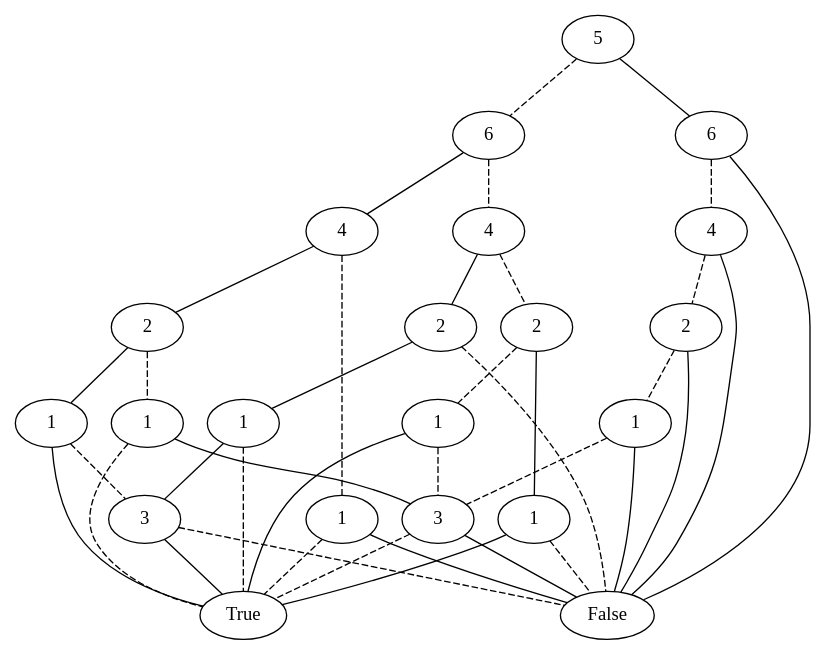
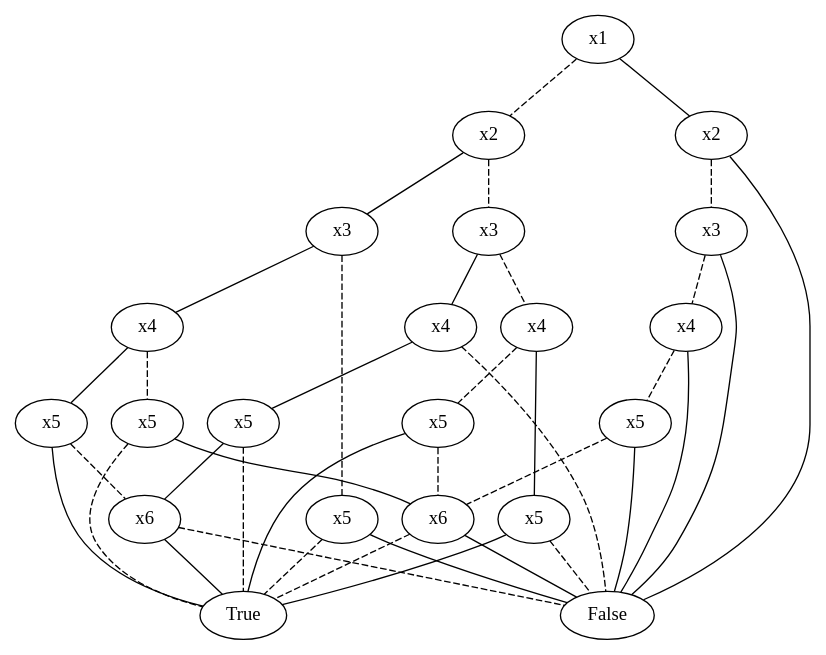
Before and after one commit to khiem2105/ROBDD: the diagram in graph_image/compressed_bdd_tree_3.gv, drawn with Graphviz. The commit also changed 32 other files, not shown here.

```diff
--- a/graph_image/compressed_bdd_tree_3.gv
+++ b/graph_image/compressed_bdd_tree_3.gv
@@ -1,61 +1,61 @@
 graph compressed_bdd_tree_3 {
-	140569657100608 [label=5]
-	140569656800544 [label=6]
-	140569657100608 -- 140569656800544 [style=dashed]
-	140569656802224 [label=4]
-	140569656800544 -- 140569656802224 [style=dashed]
-	140569656801504 [label=2]
-	140569656802224 -- 140569656801504 [style=dashed]
-	140569656801696 [label=1]
-	140569656801504 -- 140569656801696 [style=dashed]
-	140569656754672 [label=3]
-	140569656801696 -- 140569656754672 [style=dashed]
-	140569656755488 [label=True]
-	140569656754672 -- 140569656755488 [style=dashed]
-	140569656755680 [label=False]
-	140569656754672 -- 140569656755680
-	140569656801696 -- 140569656755488
-	140569656799680 [label=1]
-	140569656801504 -- 140569656799680
-	140569656799680 -- 140569656755680 [style=dashed]
-	140569656799680 -- 140569656755488
-	140569656799440 [label=2]
-	140569656802224 -- 140569656799440
-	140569656799440 -- 140569656755680 [style=dashed]
-	140569656805552 [label=1]
-	140569656799440 -- 140569656805552
-	140569656805552 -- 140569656755488 [style=dashed]
-	140569656756544 [label=3]
-	140569656805552 -- 140569656756544
-	140569656756544 -- 140569656755680 [style=dashed]
-	140569656756544 -- 140569656755488
-	140569656807040 [label=4]
-	140569656800544 -- 140569656807040
-	140569656835568 [label=1]
-	140569656807040 -- 140569656835568 [style=dashed]
-	140569656835568 -- 140569656755488 [style=dashed]
-	140569656835568 -- 140569656755680
-	140569656833648 [label=2]
-	140569656807040 -- 140569656833648
-	140569656851520 [label=1]
-	140569656833648 -- 140569656851520 [style=dashed]
-	140569656851520 -- 140569656755488 [style=dashed]
-	140569656851520 -- 140569656754672
-	140569656851616 [label=1]
-	140569656833648 -- 140569656851616
-	140569656851616 -- 140569656756544 [style=dashed]
-	140569656851616 -- 140569656755488
-	140569656806032 [label=6]
-	140569657100608 -- 140569656806032
-	140569656849600 [label=4]
-	140569656806032 -- 140569656849600 [style=dashed]
-	140569657053728 [label=2]
-	140569656849600 -- 140569657053728 [style=dashed]
-	140569656849216 [label=1]
-	140569657053728 -- 140569656849216 [style=dashed]
-	140569656849216 -- 140569656754672 [style=dashed]
-	140569656849216 -- 140569656755680
-	140569657053728 -- 140569656755680
-	140569656849600 -- 140569656755680
-	140569656806032 -- 140569656755680
+	140331402095248 [label=x1]
+	140331402160832 [label=x2]
+	140331402095248 -- 140331402160832 [style=dashed]
+	140331402161024 [label=x3]
+	140331402160832 -- 140331402161024 [style=dashed]
+	140331402160736 [label=x4]
+	140331402161024 -- 140331402160736 [style=dashed]
+	140331402159392 [label=x5]
+	140331402160736 -- 140331402159392 [style=dashed]
+	140331402159584 [label=x6]
+	140331402159392 -- 140331402159584 [style=dashed]
+	140331402159296 [label=True]
+	140331402159584 -- 140331402159296 [style=dashed]
+	140331402158384 [label=False]
+	140331402159584 -- 140331402158384
+	140331402159392 -- 140331402159296
+	140331402158768 [label=x5]
+	140331402160736 -- 140331402158768
+	140331402158768 -- 140331402158384 [style=dashed]
+	140331402158768 -- 140331402159296
+	140331402153888 [label=x4]
+	140331402161024 -- 140331402153888
+	140331402153888 -- 140331402158384 [style=dashed]
+	140331402120496 [label=x5]
+	140331402153888 -- 140331402120496
+	140331402120496 -- 140331402159296 [style=dashed]
+	140331402117712 [label=x6]
+	140331402120496 -- 140331402117712
+	140331402117712 -- 140331402158384 [style=dashed]
+	140331402117712 -- 140331402159296
+	140331402151872 [label=x3]
+	140331402160832 -- 140331402151872
+	140331402194224 [label=x5]
+	140331402151872 -- 140331402194224 [style=dashed]
+	140331402194224 -- 140331402159296 [style=dashed]
+	140331402194224 -- 140331402158384
+	140331402192880 [label=x4]
+	140331402151872 -- 140331402192880
+	140331402191680 [label=x5]
+	140331402192880 -- 140331402191680 [style=dashed]
+	140331402191680 -- 140331402159296 [style=dashed]
+	140331402191680 -- 140331402159584
+	140331376564064 [label=x5]
+	140331402192880 -- 140331376564064
+	140331376564064 -- 140331402117712 [style=dashed]
+	140331376564064 -- 140331402159296
+	140331402118096 [label=x2]
+	140331402095248 -- 140331402118096
+	140331376562768 [label=x3]
+	140331402118096 -- 140331376562768 [style=dashed]
+	140331376564976 [label=x4]
+	140331376562768 -- 140331376564976 [style=dashed]
+	140331376565168 [label=x5]
+	140331376564976 -- 140331376565168 [style=dashed]
+	140331376565168 -- 140331402159584 [style=dashed]
+	140331376565168 -- 140331402158384
+	140331376564976 -- 140331402158384
+	140331376562768 -- 140331402158384
+	140331402118096 -- 140331402158384
 }
```
